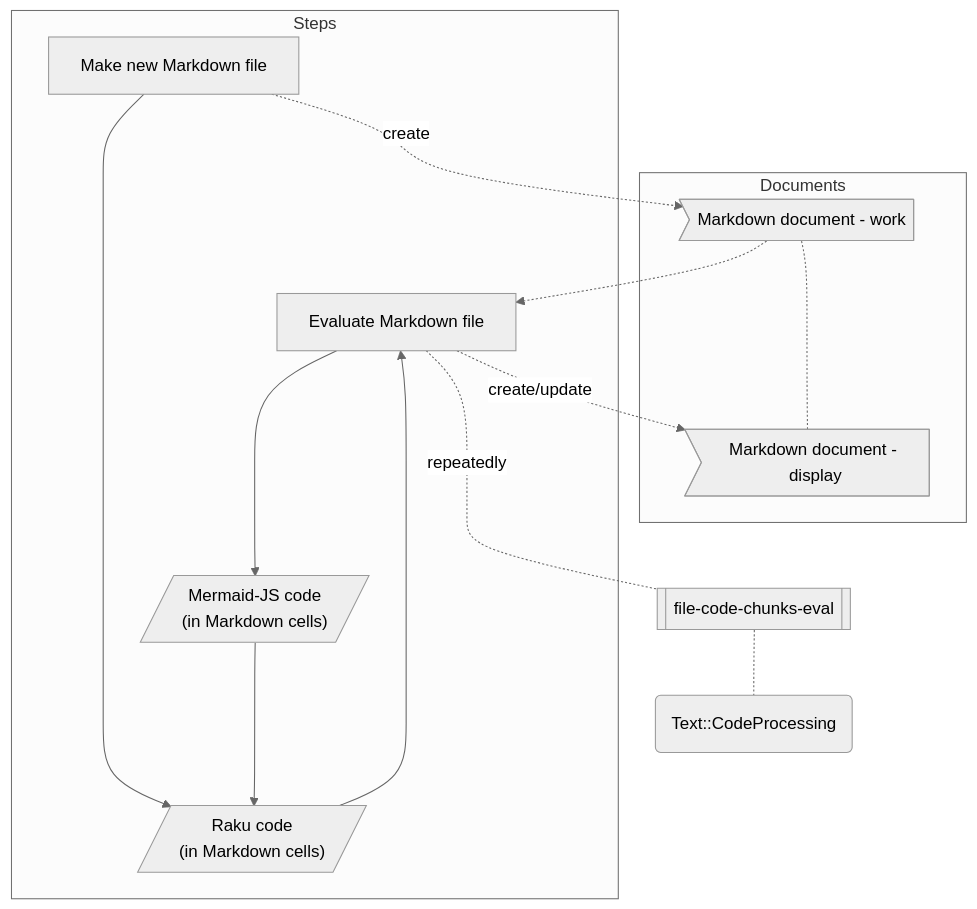
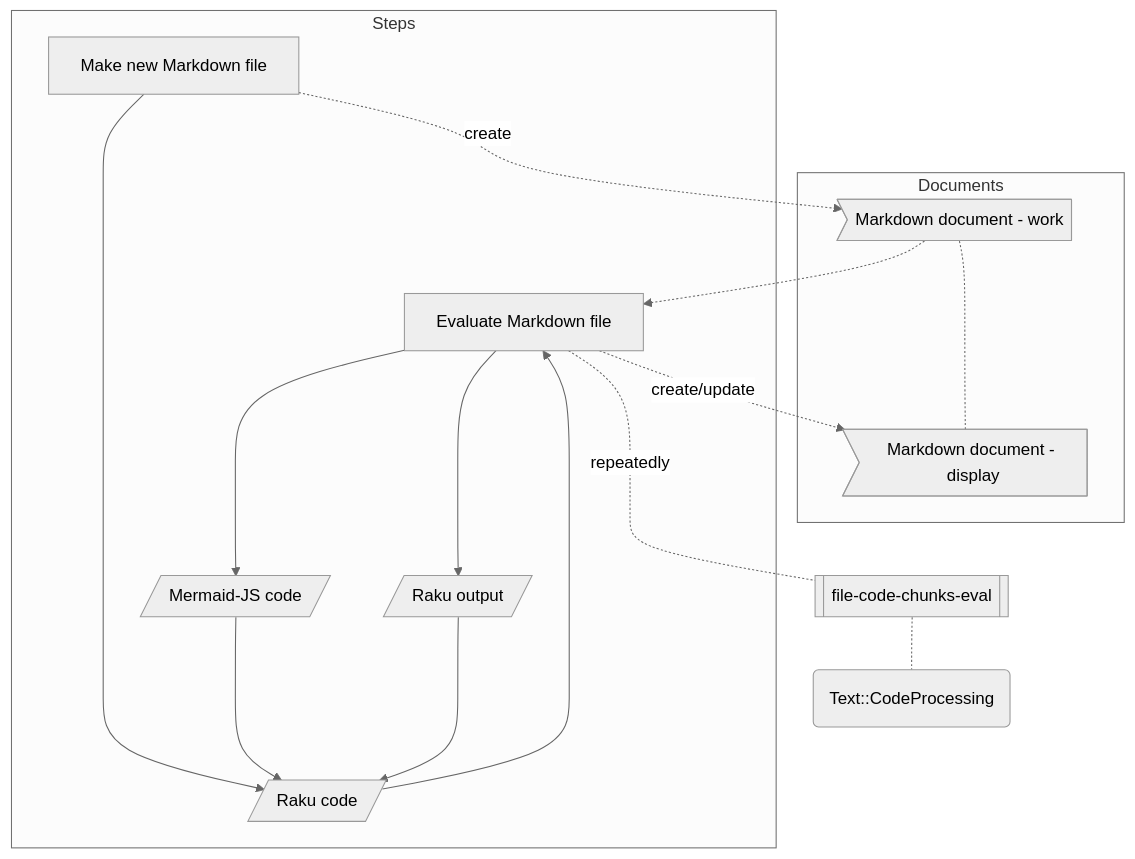
Before and after one commit to antononcube/RakuForPrediction-book: the diagram in Presentations/Interactive-Mermaid-diagrams-generation-via-Markdown-evaluation/Interactive-Mermaid-diagrams-generation-via-Markdown-evaluation-work.md, drawn with Mermaid (neutral theme). The commit also changed other lines of this file and 1 other file, not shown here.

Commit message:
docs:Better main diagram.

````diff
--- a/Presentations/Interactive-Mermaid-diagrams-generation-via-Markdown-evaluation/Interactive-Mermaid-diagrams-generation-via-Markdown-evaluation-work.md
+++ b/Presentations/Interactive-Mermaid-diagrams-generation-via-Markdown-evaluation/Interactive-Mermaid-diagrams-generation-via-Markdown-evaluation-work.md
@@ -43,29 +43,33 @@
 ```mermaid
 graph TD
     CMD[Make new Markdown file]
     MDw>"Markdown document - work"]
     MDd>"Markdown document - display"]
-    RC[/"Raku code<br>(in Markdown cells)"/]
-    MJSC[/"Mermaid-JS code<br>(in Markdown cells)"/]
+    RC[/"Raku code"/]
+    MJSC[/"Mermaid-JS code"/]
+    RO[/"Raku output"/]
     EMD[Evaluate Markdown file]
     TCP("Text::CodeProcessing")
     FCCE[[file-code-chunks-eval]]
     CMD -.-> |create|MDw
     CMD ---> RC ---> EMD ---> MJSC
+    EMD ---> RO
     MJSC ---> RC
+    RO ---> RC
     MDw -.-> EMD
     EMD -.-> |create/update|MDd
     MDw -.- MDd
     EMD -..- |repeatedly|FCCE
     FCCE -.- TCP
     subgraph Documents
         MDw
         MDd
     end
     subgraph Steps
         CMD
         RC
         EMD
         MJSC
+        RO
     end    
 ```
````
